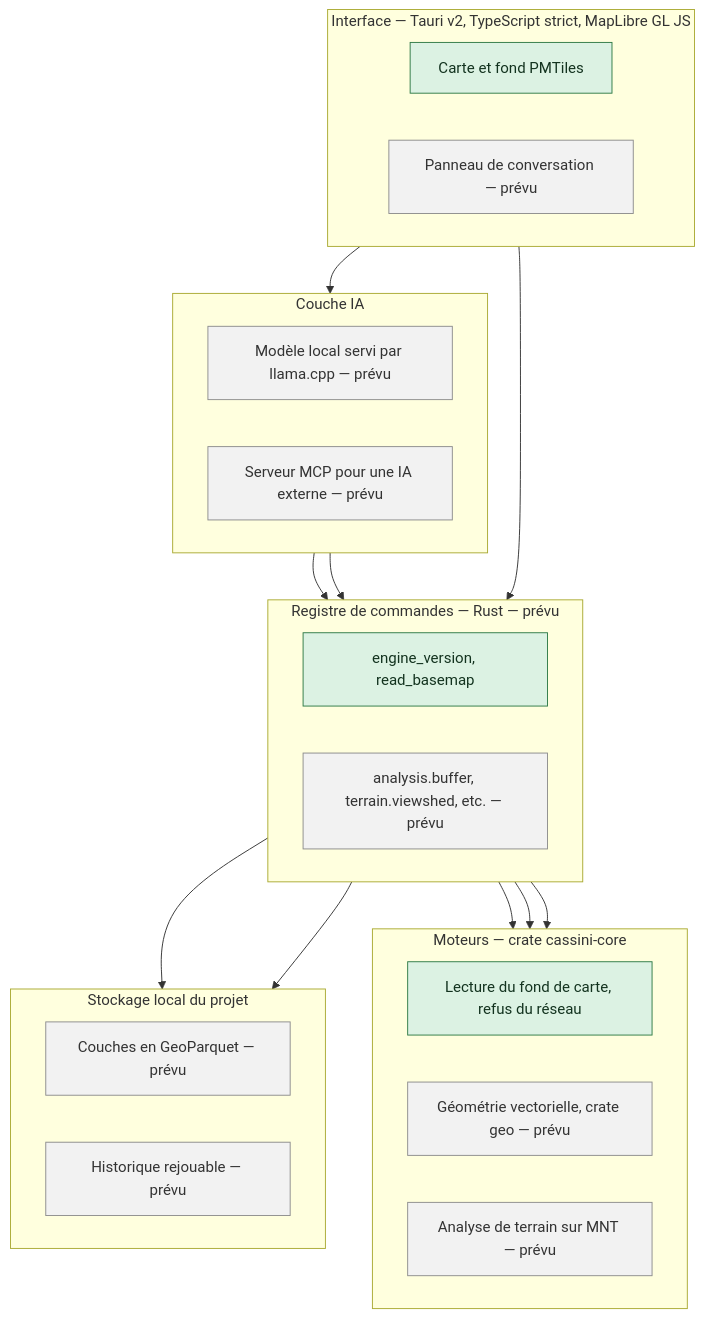
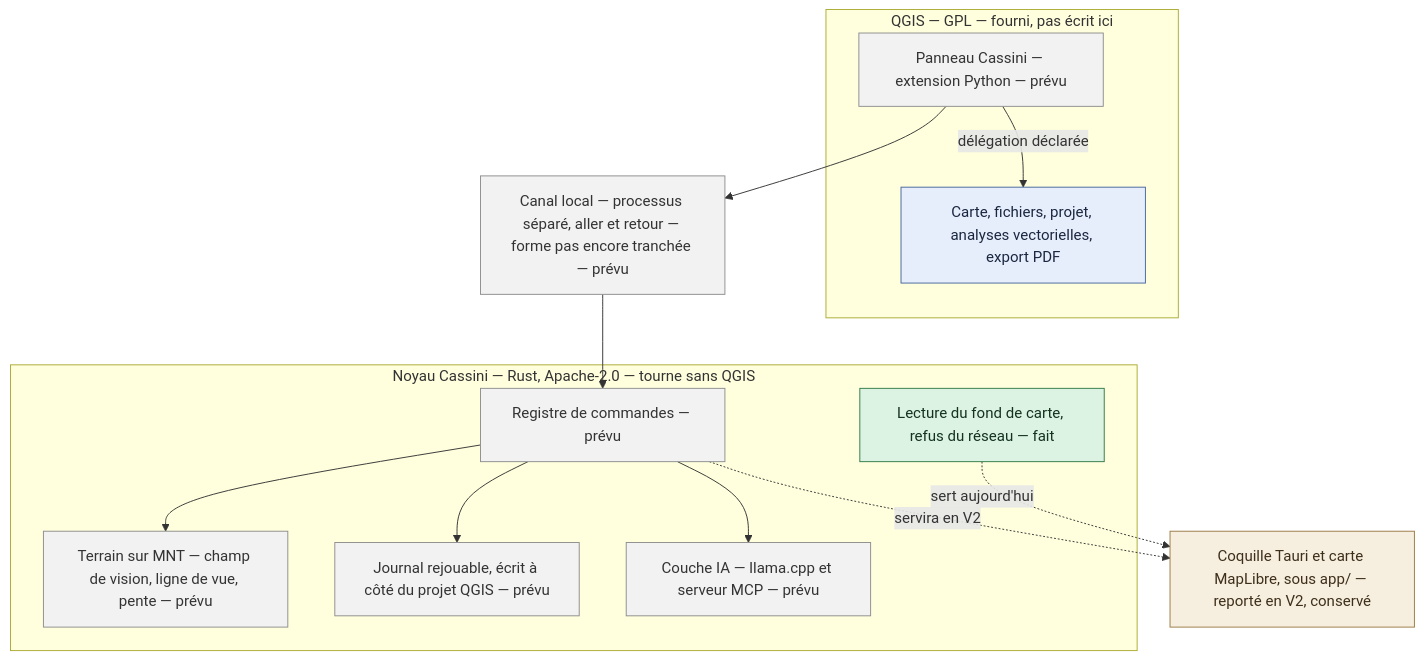
Before and after one commit to Kevzi/cassini-gis: the first of 3 diagrams in README.md, drawn with Mermaid. The commit also changed other lines of this file and 2 other files, not shown here.

````diff
--- a/README.md
+++ b/README.md
@@ -89,48 +119,37 @@
 ```mermaid
 flowchart TB
-    subgraph ui["Interface — Tauri v2, TypeScript strict, MapLibre GL JS"]
-        direction LR
-        carte["Carte et fond PMTiles"]
-        panneau["Panneau de conversation — prévu"]
+    subgraph qgis["QGIS — GPL — fourni, pas écrit ici"]
+        panneau["Panneau Cassini — extension Python — prévu"]
+        moteurQgis["Carte, fichiers, projet, analyses vectorielles, export PDF"]
     end
 
-    subgraph reg["Registre de commandes — Rust — prévu"]
-        direction LR
-        existantes["engine_version, read_basemap"]
-        futures["analysis.buffer, terrain.viewshed, etc. — prévu"]
+    canal["Canal local — processus séparé, aller et retour — forme pas encore tranchée — prévu"]
+
+    subgraph noyau["Noyau Cassini — Rust, Apache-2.0 — tourne sans QGIS"]
+        registre["Registre de commandes — prévu"]
+        terrain["Terrain sur MNT — champ de vision, ligne de vue, pente — prévu"]
+        journal["Journal rejouable, écrit à côté du projet QGIS — prévu"]
+        ia["Couche IA — llama.cpp et serveur MCP — prévu"]
+        fond["Lecture du fond de carte, refus du réseau — fait"]
+        registre --> terrain
+        registre --> journal
+        registre --> ia
     end
 
-    subgraph moteurs["Moteurs — crate cassini-core"]
-        direction LR
-        fond["Lecture du fond de carte, refus du réseau"]
-        geo["Géométrie vectorielle, crate geo — prévu"]
-        terrain["Analyse de terrain sur MNT — prévu"]
-    end
+    v2["Coquille Tauri et carte MapLibre, sous app/ — reporté en V2, conservé"]
 
-    subgraph stock["Stockage local du projet"]
-        direction LR
-        couches["Couches en GeoParquet — prévu"]
-        histo["Historique rejouable — prévu"]
-    end
-
-    subgraph ia["Couche IA"]
-        direction LR
-        locale["Modèle local servi par llama.cpp — prévu"]
-        mcp["Serveur MCP pour une IA externe — prévu"]
-    end
-
-    carte --> existantes
-    panneau --> locale
-    locale --> futures
-    mcp --> futures
-    existantes --> fond
-    futures --> geo
-    futures --> terrain
-    futures --> couches
-    futures --> histo
+    panneau --> canal
+    canal --> registre
+    panneau -->|"délégation déclarée"| moteurQgis
+    fond -.->|"sert aujourd'hui"| v2
+    registre -.->|"servira en V2"| v2
 
     classDef fait fill:#dcf2e3,stroke:#2f7a46,color:#13331f
     classDef prevu fill:#f2f2f2,stroke:#8d8d8d,color:#333333
-    class carte,existantes,fond fait
-    class panneau,futures,geo,terrain,couches,histo,locale,mcp prevu
+    classDef fourni fill:#e7eefb,stroke:#45659c,color:#1a2740
+    classDef reporte fill:#f6eede,stroke:#9c7a45,color:#3d2f1a
+    class fond fait
+    class panneau,canal,registre,terrain,journal,ia prevu
+    class moteurQgis fourni
+    class v2 reporte
 ```
````
